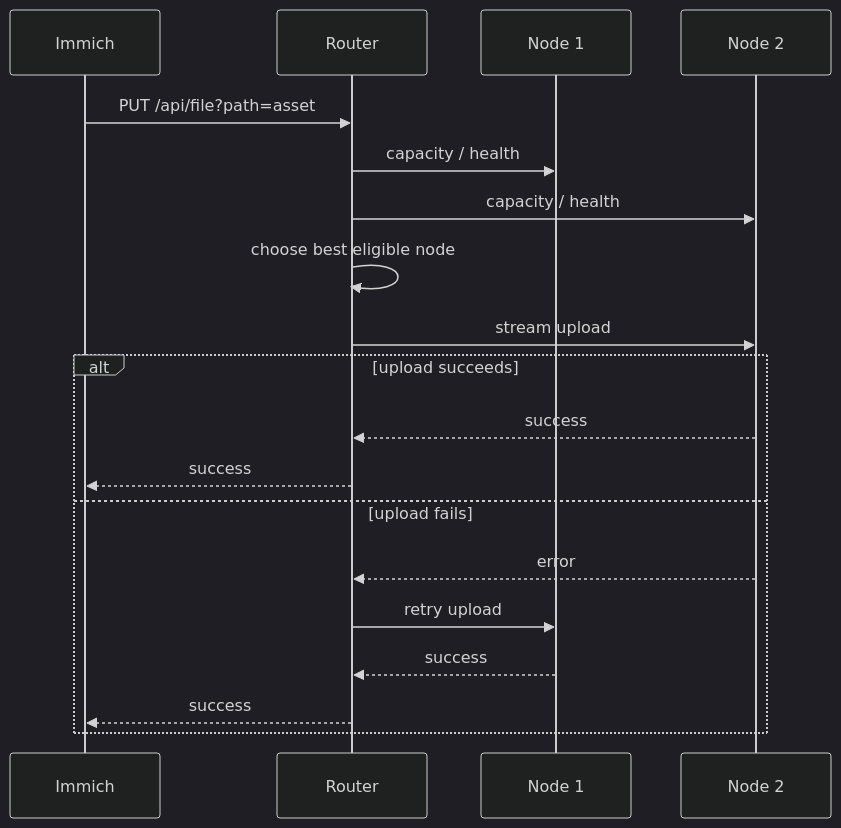
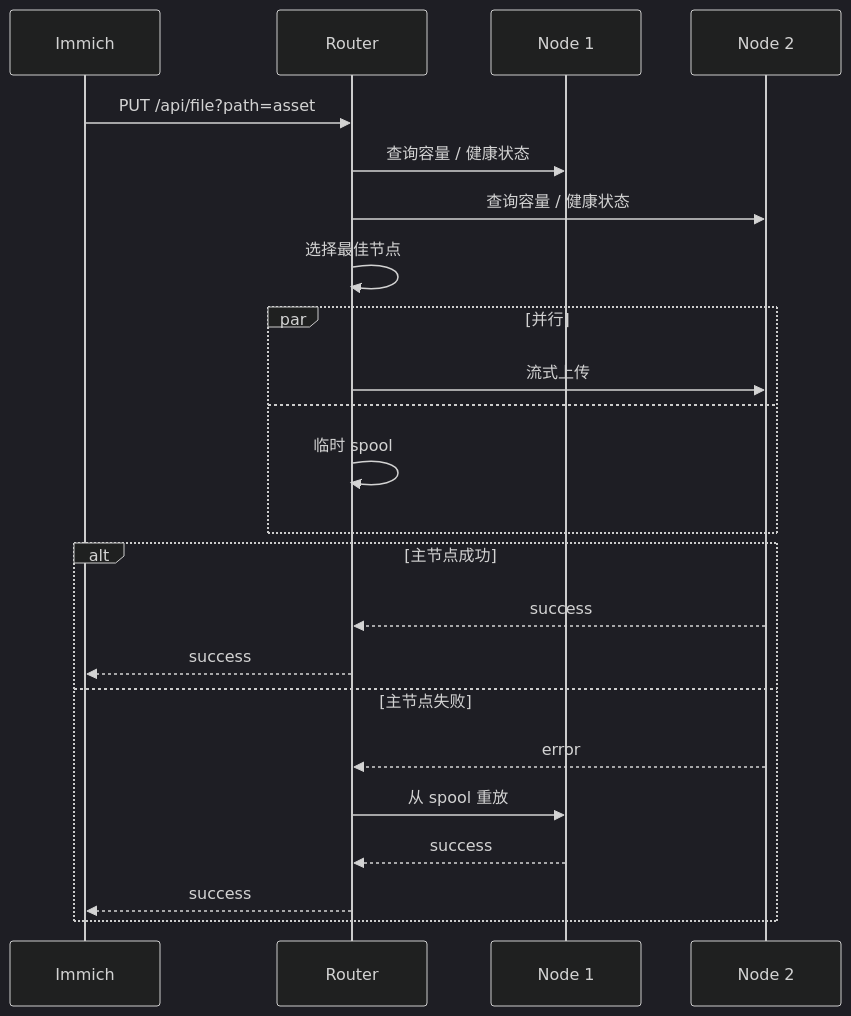
Before and after one commit to bowardzhang/immich: the second of 6 diagrams in storage-router/README.md, drawn with Mermaid (dark theme). The commit also changed other lines of this file, not shown here.

````diff
--- a/storage-router/README.md
+++ b/storage-router/README.md
@@ -43,22 +39,25 @@
 ```mermaid
 sequenceDiagram
     participant I as Immich
     participant R as Router
     participant N1 as Node 1
     participant N2 as Node 2
-
     I->>R: PUT /api/file?path=asset
-    R->>N1: capacity / health
-    R->>N2: capacity / health
-    R->>R: choose best eligible node
-    R->>N2: stream upload
-    alt upload succeeds
+    R->>N1: 查询容量 / 健康状态
+    R->>N2: 查询容量 / 健康状态
+    R->>R: 选择最佳节点
+    par 并行
+      R->>N2: 流式上传
+    and
+      R->>R: 临时 spool
+    end
+    alt 主节点成功
       N2-->>R: success
       R-->>I: success
-    else upload fails
+    else 主节点失败
       N2-->>R: error
-      R->>N1: retry upload
+      R->>N1: 从 spool 重放
       N1-->>R: success
       R-->>I: success
     end
 ```
````
